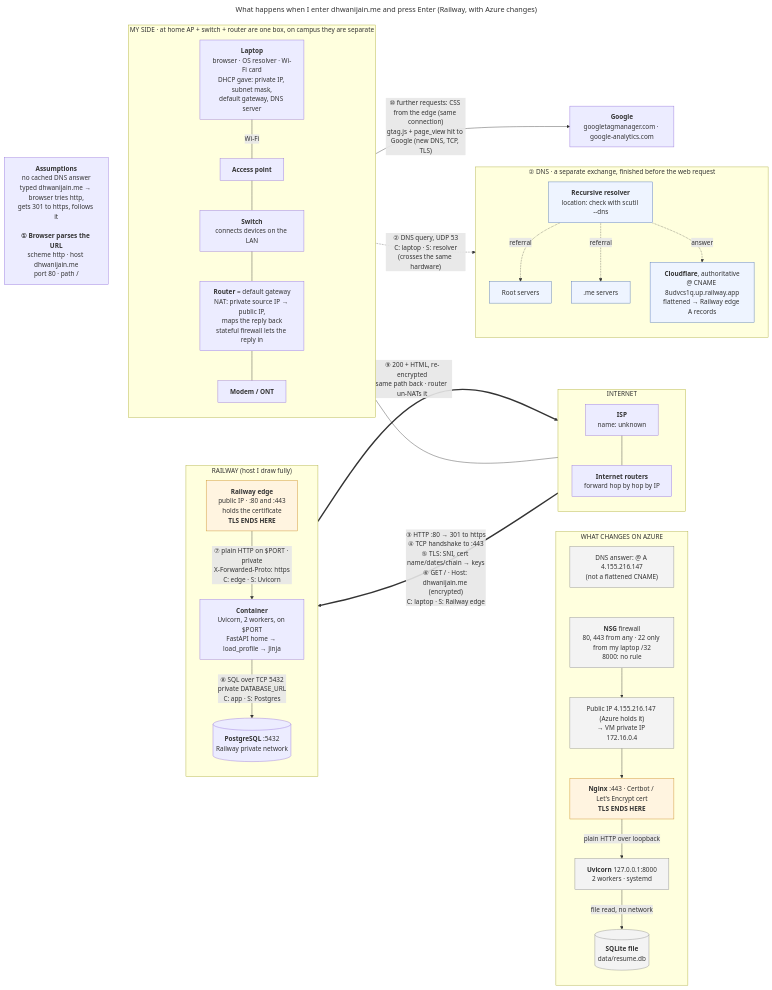
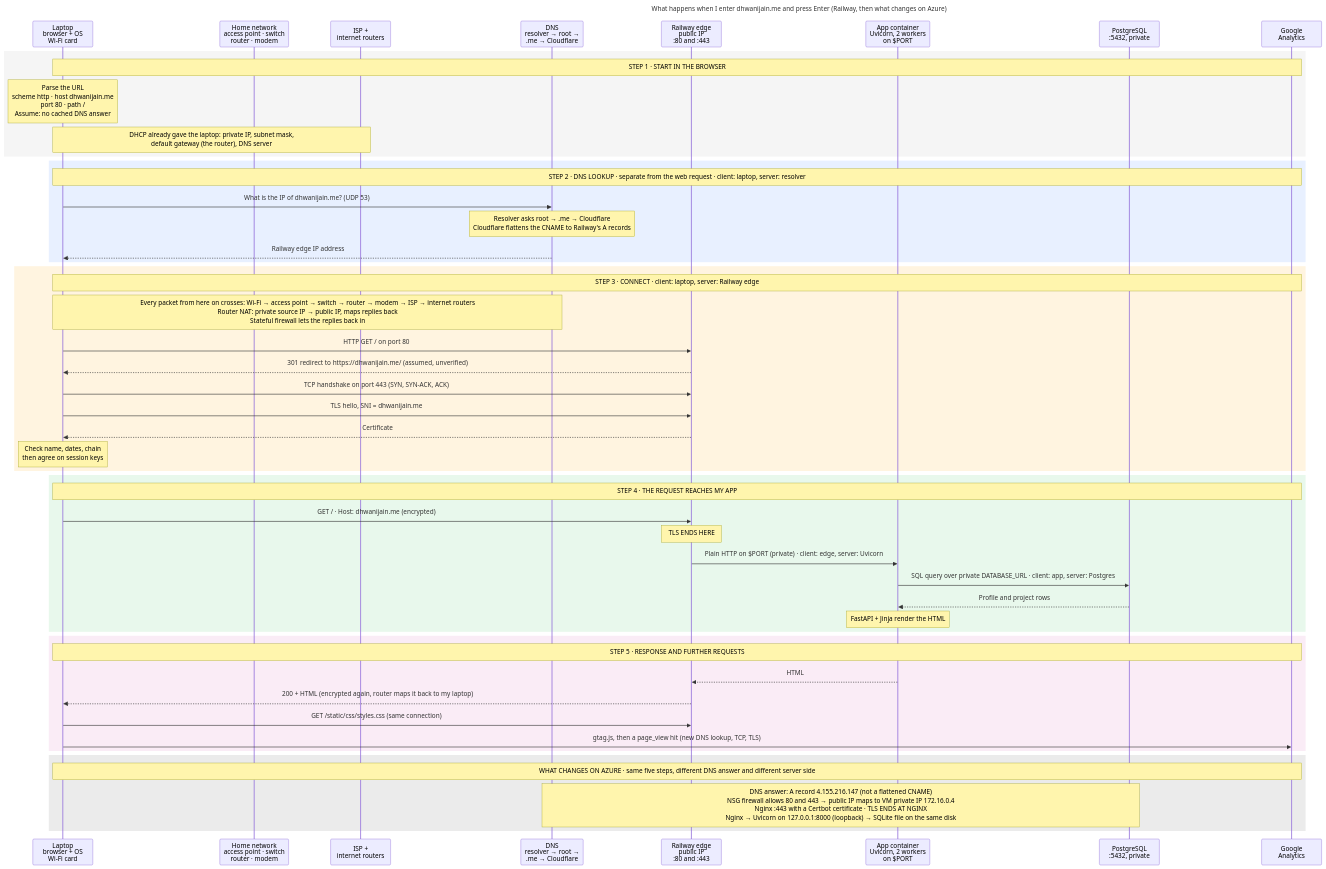
The diagram in docs/diagrams/request-path.mmd (djain2905/career-platform), drawn with Mermaid before and after one commit. The commit also changed 10 other files, not shown here.

First line of the commit message:
docs: complete the Project 1 engineering record

```diff
--- a/docs/diagrams/request-path.mmd
+++ b/docs/diagrams/request-path.mmd
@@ -1,76 +1,59 @@
 ---
-title: "What happens when I enter dhwanijain.me and press Enter (Railway, with Azure changes)"
+title: "What happens when I enter dhwanijain.me and press Enter (Railway, then what changes on Azure)"
 ---
-flowchart LR
-  ASSUME["<b>Assumptions</b><br/>no cached DNS answer<br/>typed dhwanijain.me → browser tries http,<br/>gets 301 to https, follows it<br/><br/><b>① Browser parses the URL</b><br/>scheme http · host dhwanijain.me<br/>port 80 · path /"]
+sequenceDiagram
+  participant L as Laptop<br/>browser + OS<br/>Wi-Fi card
+  participant H as Home network<br/>access point · switch<br/>router · modem
+  participant I as ISP +<br/>internet routers
+  participant D as DNS<br/>resolver → root →<br/>.me → Cloudflare
+  participant E as Railway edge<br/>public IP<br/>:80 and :443
+  participant A as App container<br/>Uvicorn, 2 workers<br/>on $PORT
+  participant P as PostgreSQL<br/>:5432, private
+  participant G as Google<br/>Analytics
 
-  subgraph HOME["MY SIDE · at home AP + switch + router are one box, on campus they are separate"]
-    direction TB
-    LAP["<b>Laptop</b><br/>browser · OS resolver · Wi-Fi card<br/>DHCP gave: private IP, subnet mask,<br/>default gateway, DNS server"]
-    AP["<b>Access point</b>"]
-    SW["<b>Switch</b><br/>connects devices on the LAN"]
-    RT["<b>Router</b> = default gateway<br/>NAT: private source IP → public IP,<br/>maps the reply back<br/>stateful firewall lets the reply in"]
-    MOD["<b>Modem / ONT</b>"]
-    LAP ---|Wi-Fi| AP
-    AP --- SW
-    SW --- RT
-    RT --- MOD
+  rect rgb(245, 245, 245)
+    Note over L,G: STEP 1 · START IN THE BROWSER
+    Note over L: Parse the URL<br/>scheme http · host dhwanijain.me<br/>port 80 · path /<br/>Assume: no cached DNS answer
+    Note over L,I: DHCP already gave the laptop: private IP, subnet mask,<br/>default gateway (the router), DNS server
   end
 
-  subgraph NET["INTERNET"]
-    direction TB
-    ISP["<b>ISP</b><br/>name: unknown"]
-    IR["<b>Internet routers</b><br/>forward hop by hop by IP"]
-    ISP --- IR
+  rect rgb(232, 240, 255)
+    Note over L,G: STEP 2 · DNS LOOKUP · separate from the web request · client: laptop, server: resolver
+    L->>D: What is the IP of dhwanijain.me? (UDP 53)
+    Note over D: Resolver asks root → .me → Cloudflare<br/>Cloudflare flattens the CNAME to Railway's A records
+    D-->>L: Railway edge IP address
   end
 
-  subgraph DNSG["② DNS · a separate exchange, finished before the web request"]
-    direction TB
-    RES["<b>Recursive resolver</b><br/>location: check with scutil --dns"]
-    ROOT["Root servers"]
-    TLD[".me servers"]
-    CF["<b>Cloudflare</b>, authoritative<br/>@ CNAME 8udvcs1q.up.railway.app<br/>flattened → Railway edge A records"]
-    RES -.->|"referral"| ROOT
-    RES -.->|"referral"| TLD
-    RES -.->|"answer"| CF
+  rect rgb(255, 244, 224)
+    Note over L,G: STEP 3 · CONNECT · client: laptop, server: Railway edge
+    Note over L,D: Every packet from here on crosses: Wi-Fi → access point → switch → router → modem → ISP → internet routers<br/>Router NAT: private source IP → public IP, maps replies back<br/>Stateful firewall lets the replies back in
+    L->>E: HTTP GET / on port 80
+    E-->>L: 301 redirect to https://dhwanijain.me/ (assumed, unverified)
+    L->>E: TCP handshake on port 443 (SYN, SYN-ACK, ACK)
+    L->>E: TLS hello, SNI = dhwanijain.me
+    E-->>L: Certificate
+    Note over L: Check name, dates, chain<br/>then agree on session keys
   end
 
-  subgraph RW["RAILWAY (host I draw fully)"]
-    direction TB
-    EDGE["<b>Railway edge</b><br/>public IP · :80 and :443<br/>holds the certificate<br/><b>TLS ENDS HERE</b>"]
-    APP["<b>Container</b><br/>Uvicorn, 2 workers, on $PORT<br/>FastAPI home → load_profile → Jinja"]
-    PG[("<b>PostgreSQL</b> :5432<br/>Railway private network")]
-    EDGE -->|"⑦ plain HTTP on $PORT · private<br/>X-Forwarded-Proto: https<br/>C: edge · S: Uvicorn"| APP
-    APP -->|"⑧ SQL over TCP 5432<br/>private DATABASE_URL<br/>C: app · S: Postgres"| PG
+  rect rgb(232, 248, 236)
+    Note over L,G: STEP 4 · THE REQUEST REACHES MY APP
+    L->>E: GET / · Host: dhwanijain.me (encrypted)
+    Note over E: TLS ENDS HERE
+    E->>A: Plain HTTP on $PORT (private) · client: edge, server: Uvicorn
+    A->>P: SQL query over private DATABASE_URL · client: app, server: Postgres
+    P-->>A: Profile and project rows
+    Note over A: FastAPI + Jinja render the HTML
   end
 
-  GOOG["<b>Google</b><br/>googletagmanager.com · google-analytics.com"]
-
-  subgraph AZ["WHAT CHANGES ON AZURE"]
-    direction TB
-    AZDNS["DNS answer: @ A 4.155.216.147<br/>(not a flattened CNAME)"]
-    NSG["<b>NSG</b> firewall<br/>80, 443 from any · 22 only from my laptop /32<br/>8000: no rule"]
-    PIP["Public IP 4.155.216.147 (Azure holds it)<br/>→ VM private IP 172.16.0.4"]
-    NGX["<b>Nginx</b> :443 · Certbot / Let's Encrypt cert<br/><b>TLS ENDS HERE</b>"]
-    UV["<b>Uvicorn</b> 127.0.0.1:8000<br/>2 workers · systemd"]
-    DB[("<b>SQLite file</b><br/>data/resume.db")]
-    AZDNS ~~~ NSG
-    NSG --> PIP --> NGX
-    NGX -->|"plain HTTP over loopback"| UV
-    UV -->|"file read, no network"| DB
+  rect rgb(250, 236, 246)
+    Note over L,G: STEP 5 · RESPONSE AND FURTHER REQUESTS
+    A-->>E: HTML
+    E-->>L: 200 + HTML (encrypted again, router maps it back to my laptop)
+    L->>E: GET /static/css/styles.css (same connection)
+    L->>G: gtag.js, then a page_view hit (new DNS lookup, TCP, TLS)
   end
 
-  ASSUME ~~~ LAP
-  MOD --- ISP
-  LAP -.->|"② DNS query, UDP 53<br/>C: laptop · S: resolver<br/>(crosses the same hardware)"| RES
-  IR ==>|"③ HTTP :80 → 301 to https<br/>④ TCP handshake to :443<br/>⑤ TLS: SNI, cert name/dates/chain → keys<br/>⑥ GET / · Host: dhwanijain.me (encrypted)<br/>C: laptop · S: Railway edge"| EDGE
-  EDGE ==>|"⑨ 200 + HTML, re-encrypted<br/>same path back · router un-NATs it"| IR
-  LAP -->|"⑩ further requests: CSS from the edge (same connection)<br/>gtag.js + page_view hit to Google (new DNS, TCP, TLS)"| GOOG
-  RW ~~~ AZ
-
-  classDef dns fill:#eef4ff,stroke:#4a6fb5
-  classDef tls fill:#fff4e0,stroke:#c98a1b
-  classDef az fill:#f3f3f3,stroke:#888
-  class RES,ROOT,TLD,CF dns
-  class EDGE,NGX tls
-  class AZDNS,NSG,PIP,UV,DB az
+  rect rgb(235, 235, 235)
+    Note over L,G: WHAT CHANGES ON AZURE · same five steps, different DNS answer and different server side
+    Note over D,P: DNS answer: A record 4.155.216.147 (not a flattened CNAME)<br/>NSG firewall allows 80 and 443 → public IP maps to VM private IP 172.16.0.4<br/>Nginx :443 with a Certbot certificate · TLS ENDS AT NGINX<br/>Nginx → Uvicorn on 127.0.0.1:8000 (loopback) → SQLite file on the same disk
+  end
```
